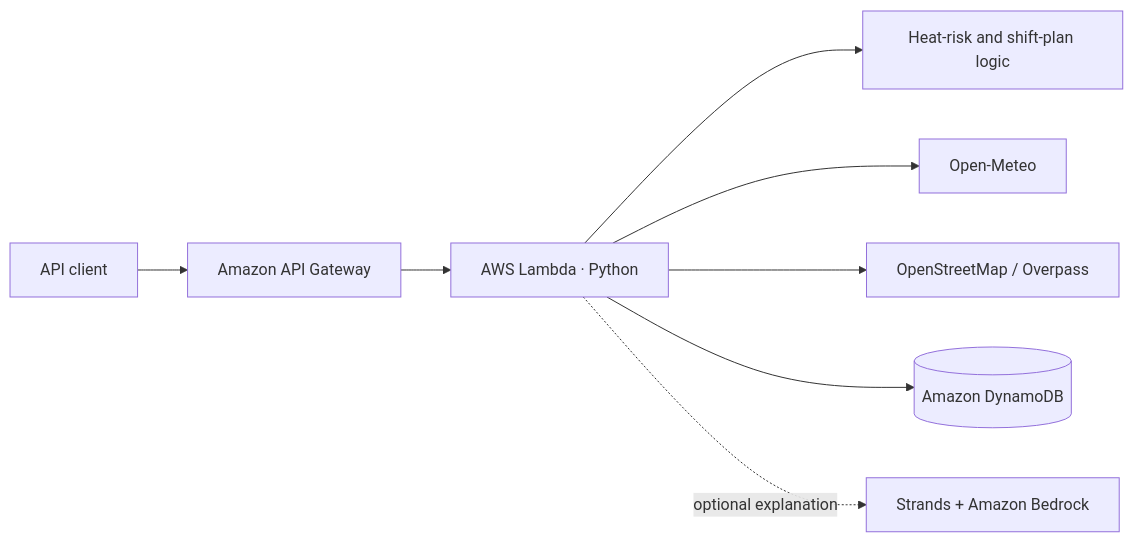
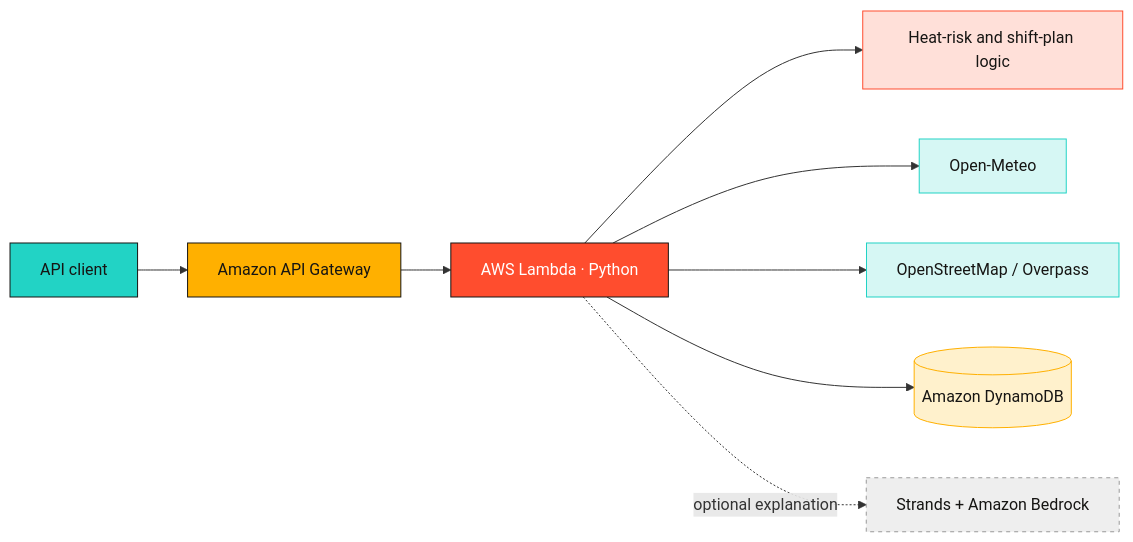
The first of 2 diagrams in README.md (Alcatraz234156/CycleProof), drawn with Mermaid before and after one commit. The commit also changed other lines of this file, not shown here.

````diff
--- a/README.md
+++ b/README.md
@@ -52,10 +86,19 @@
 ```mermaid
 flowchart LR
     Client[API client] --> Gateway[Amazon API Gateway]
     Gateway --> Lambda[AWS Lambda · Python]
     Lambda --> Risk[Heat-risk and shift-plan logic]
     Lambda --> Weather[Open-Meteo]
     Lambda --> Water[OpenStreetMap / Overpass]
     Lambda --> Reports[(Amazon DynamoDB)]
     Lambda -. optional explanation .-> Bedrock[Strands + Amazon Bedrock]
+
+    style Client fill:#22d3c5,stroke:#161513,color:#161513
+    style Gateway fill:#ffb000,stroke:#161513,color:#161513
+    style Lambda fill:#ff4d2e,stroke:#161513,color:#ffffff
+    style Risk fill:#ffe0d9,stroke:#ff4d2e,color:#161513
+    style Weather fill:#d6f7f4,stroke:#22d3c5,color:#161513
+    style Water fill:#d6f7f4,stroke:#22d3c5,color:#161513
+    style Reports fill:#fff1cc,stroke:#ffb000,color:#161513
+    style Bedrock fill:#eeeeee,stroke:#999999,color:#161513,stroke-dasharray: 4 4
 ```
````
